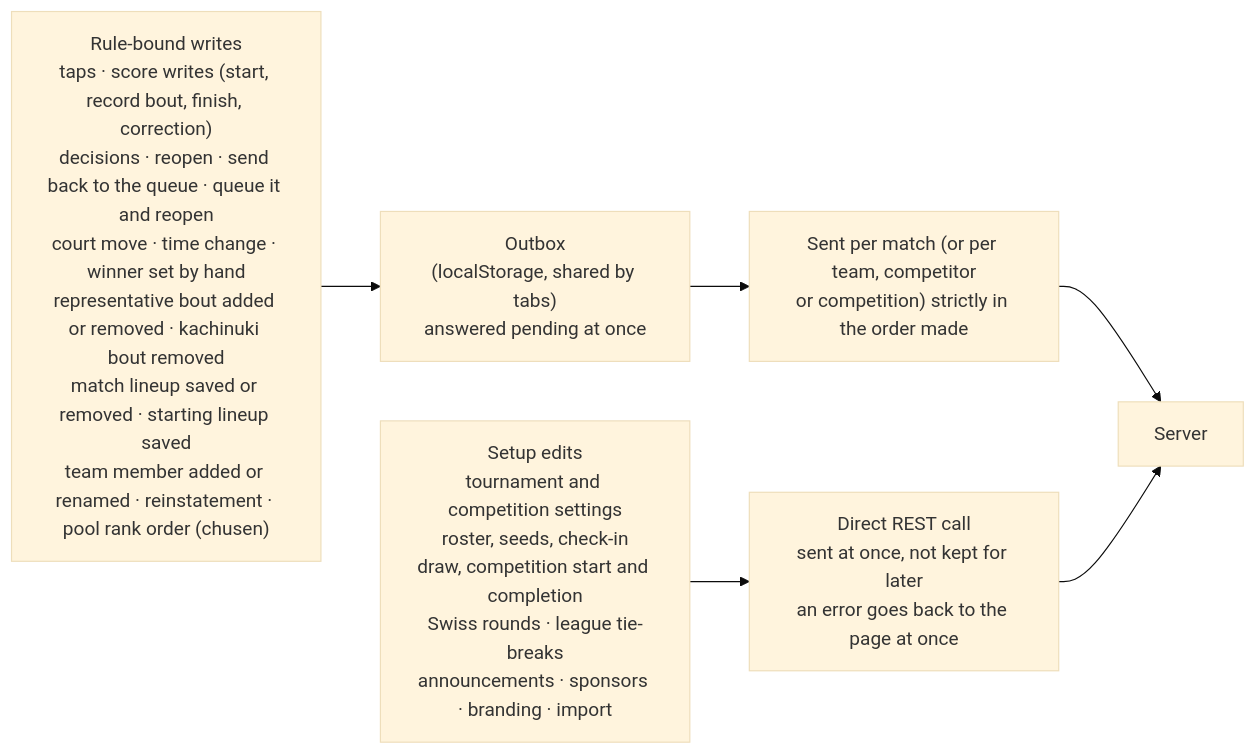
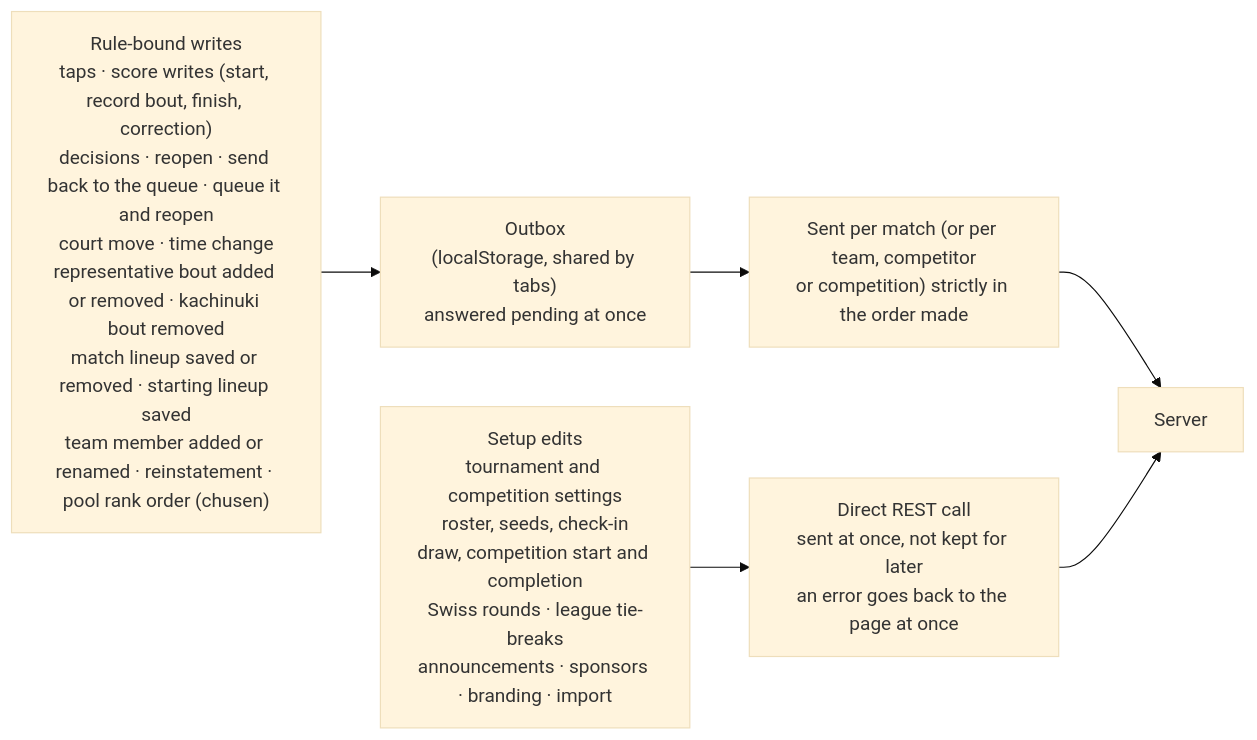
Before and after one commit to gitrgoliveira/bracket-creator: the sixth of 8 diagrams in docs/architecture/network-architecture.md, drawn with Mermaid (base theme). The commit also changed other lines of this file and 98 other files, not shown here.

````diff
--- a/docs/architecture/network-architecture.md
+++ b/docs/architecture/network-architecture.md
@@ -216,10 +216,10 @@
 ```mermaid
 flowchart LR
-    rule["Rule-bound writes<br/>taps · score writes (start, record bout, finish, correction)<br/>decisions · reopen · send back to the queue · queue it and reopen<br/>court move · time change · winner set by hand<br/>representative bout added or removed · kachinuki bout removed<br/>match lineup saved or removed · starting lineup saved<br/>team member added or renamed · reinstatement · pool rank order (chusen)"]
+    rule["Rule-bound writes<br/>taps · score writes (start, record bout, finish, correction)<br/>decisions · reopen · send back to the queue · queue it and reopen<br/>court move · time change<br/>representative bout added or removed · kachinuki bout removed<br/>match lineup saved or removed · starting lineup saved<br/>team member added or renamed · reinstatement · pool rank order (chusen)"]
     rule --> ob["Outbox<br/>(localStorage, shared by tabs)<br/>answered pending at once"]
     ob --> order["Sent per match (or per team, competitor<br/>or competition) strictly in the order made"]
     order --> srv["Server"]
     setup["Setup edits<br/>tournament and competition settings<br/>roster, seeds, check-in<br/>draw, competition start and completion<br/>Swiss rounds · league tie-breaks<br/>announcements · sponsors · branding · import"]
     setup --> direct["Direct REST call<br/>sent at once, not kept for later<br/>an error goes back to the page at once"]
     direct --> srv
 ```
````
